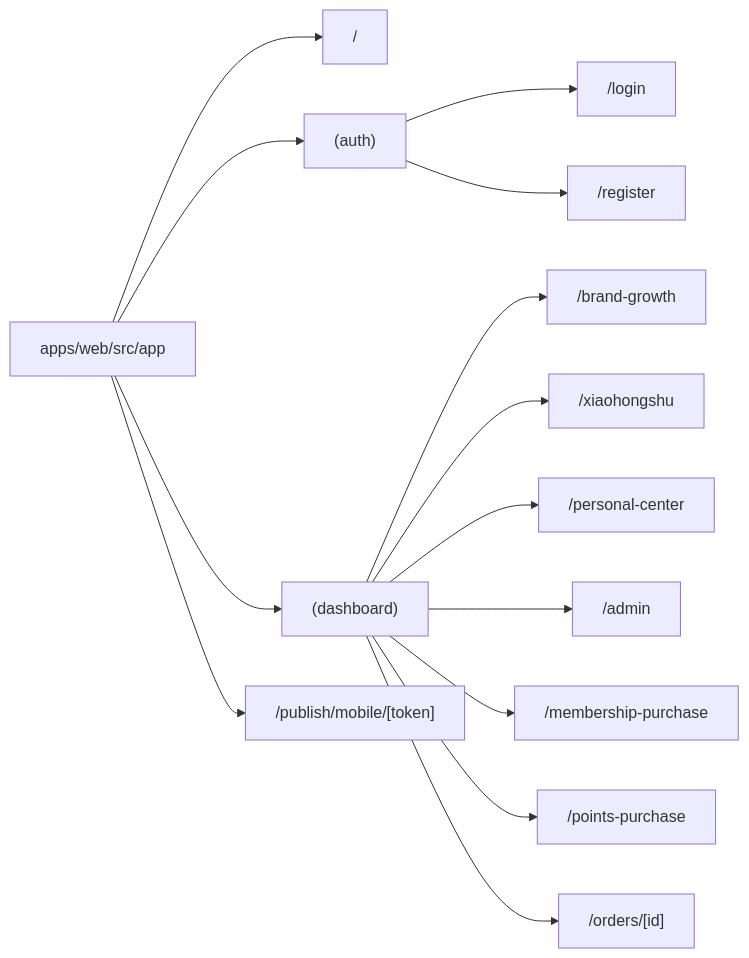
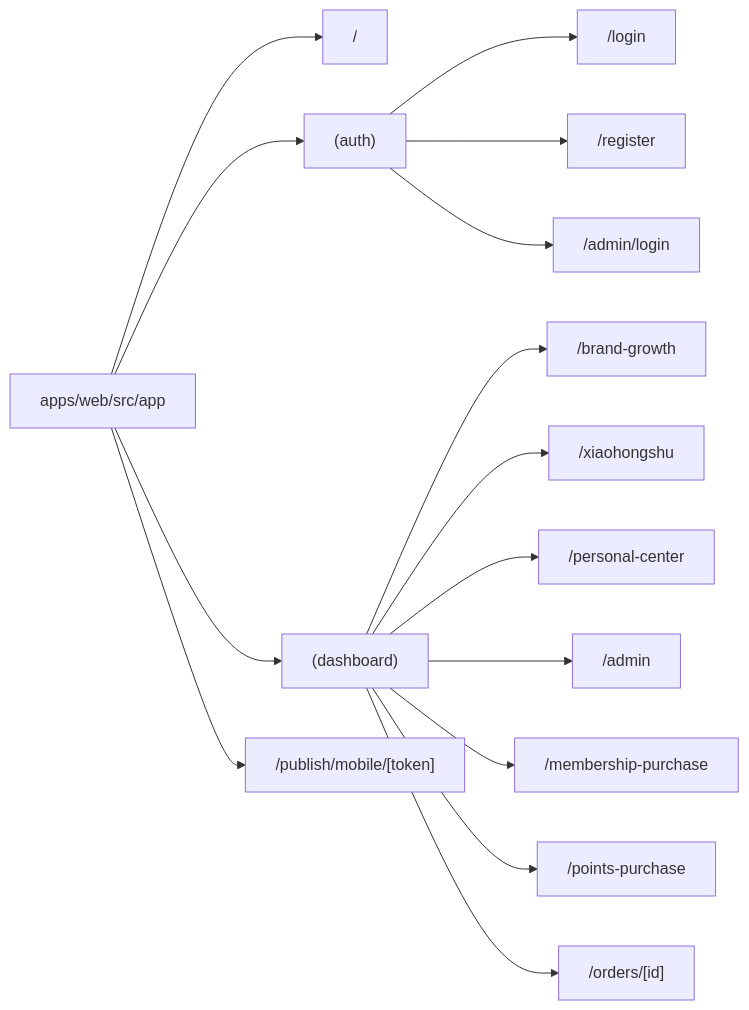
Before and after one commit to Depthukesh/ai-omni-ops-system: the second of 11 diagrams in docs/site-map-mermaid.md, drawn with Mermaid. The commit also changed other lines of this file and 24 other files, not shown here.

````diff
--- a/docs/site-map-mermaid.md
+++ b/docs/site-map-mermaid.md
@@ -85,20 +85,21 @@
 ```mermaid
 flowchart LR
     Root["apps/web/src/app"]
 
     Root --> Home["/"]
     Root --> Auth["(auth)"]
     Root --> Dash["(dashboard)"]
     Root --> Publish["/publish/mobile/[token]"]
 
     Auth --> Login["/login"]
     Auth --> Register["/register"]
+    Auth --> AdminLogin["/admin/login"]
 
     Dash --> BrandGrowth["/brand-growth"]
     Dash --> Xiaohongshu["/xiaohongshu"]
     Dash --> Personal["/personal-center"]
     Dash --> Admin["/admin"]
     Dash --> Membership["/membership-purchase"]
     Dash --> Points["/points-purchase"]
     Dash --> OrderDetail["/orders/[id]"]
 ```
````
